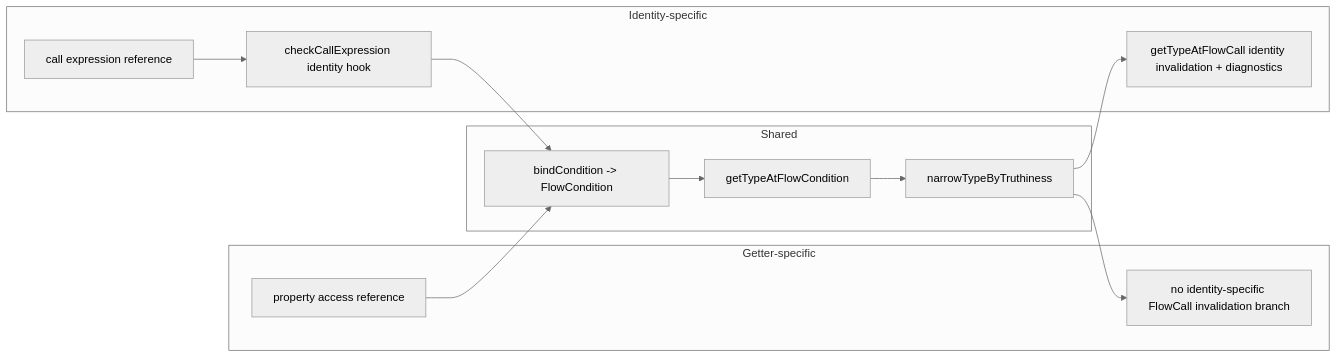
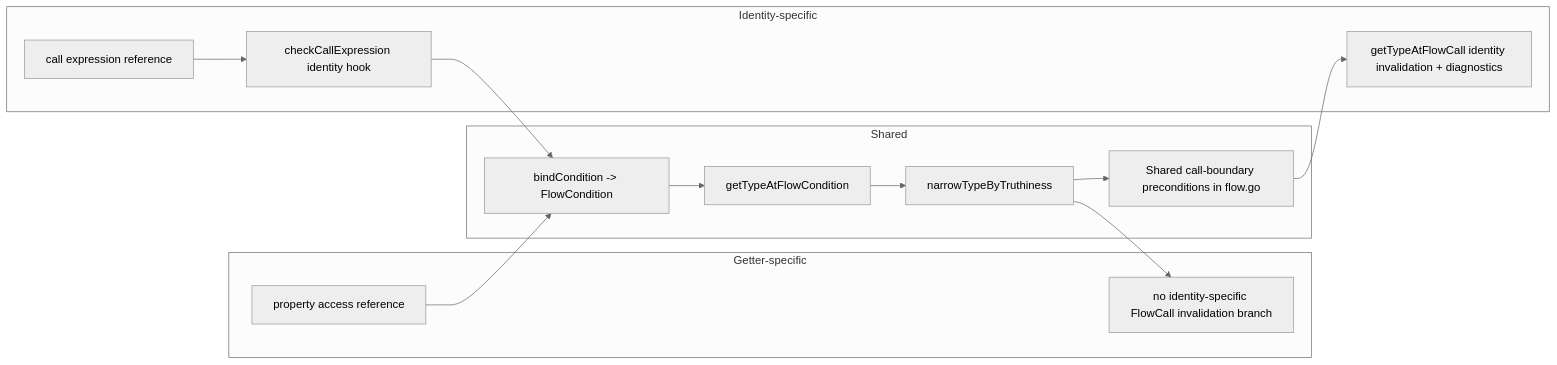
One commit to kbrilla/typescript-go changed the third of 3 diagrams in docs/identity-phase1-pr-description.md. Above: the diagram before and after it, drawn with Mermaid (neutral theme). The commit also changed other lines of this file and 1 other file, not shown here.

Commit message:
Phase 1: simplify shared getter/identity flow checks

````diff
--- a/docs/identity-phase1-pr-description.md
+++ b/docs/identity-phase1-pr-description.md
@@ -65,24 +67,26 @@
 ```mermaid
 flowchart LR
   subgraph Shared[Shared]
     S1[bindCondition -> FlowCondition]
     S2[getTypeAtFlowCondition]
     S3[narrowTypeByTruthiness]
+    S4[Shared call-boundary preconditions in flow.go]
     S1 --> S2 --> S3
+    S3 --> S4
   end
 
   subgraph GetterOnly[Getter-specific]
     G1[property access reference]
     G2[no identity-specific FlowCall invalidation branch]
     G1 --> S1
     S3 --> G2
   end
 
   subgraph IdentityOnly[Identity-specific]
     I1[call expression reference]
     I2[checkCallExpression identity hook]
     I3[getTypeAtFlowCall identity invalidation + diagnostics]
     I1 --> I2 --> S1
-    S3 --> I3
+    S4 --> I3
   end
 ```
````
